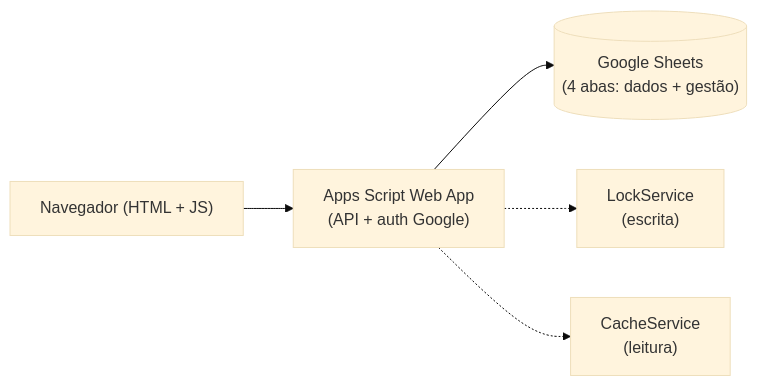
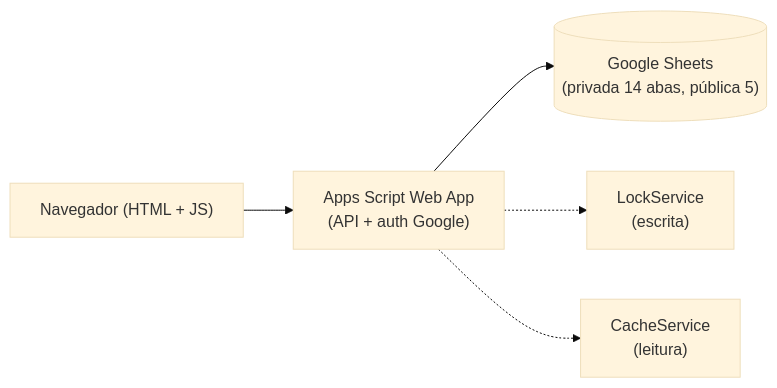
Before and after one commit to EnzoMoulin/diretorio-contatos-v2: the first of 2 diagrams in README.md, drawn with Mermaid (base theme). The commit also changed other lines of this file and 2 other files, not shown here.

````diff
--- a/README.md
+++ b/README.md
@@ -45,7 +46,7 @@
 ```mermaid
 flowchart LR
     Browser["Navegador (HTML + JS)"] --> GAS["Apps Script Web App\n(API + auth Google)"]
-    GAS --> Sheets[("Google Sheets\n(4 abas: dados + gestão)")]
+    GAS --> Sheets[("Google Sheets\n(privada 14 abas, pública 5)")]
     GAS -.-> Lock["LockService\n(escrita)"]
     GAS -.-> Cache["CacheService\n(leitura)"]
 ```
````
